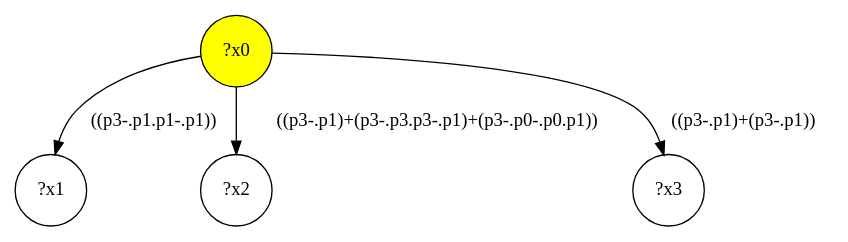
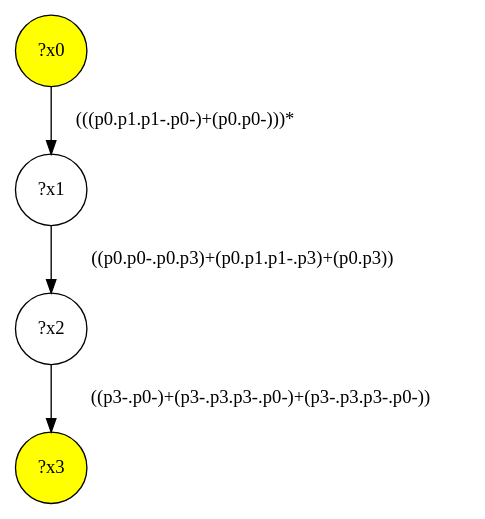
The diagram in src/queryinterface/interface-queries/query-34.dot (gbagan/gmark), drawn with Graphviz before and after one commit. The commit also changed 154 other files, not shown here.

```diff
--- a/src/queryinterface/interface-queries/query-34.dot
+++ b/src/queryinterface/interface-queries/query-34.dot
@@ -1,9 +1,9 @@
 digraph g {
 	x0 [fillcolor="yellow", style="filled," shape=circle, label="?x0"];
+	x3 [fillcolor="yellow", style="filled," shape=circle, label="?x3"];
 	x1 [shape=circle, label="?x1"];
-	x0 -> x1 [label="((p3-.p1.p1-.p1))"];
+	x0 -> x1 [label="(((p0.p1.p1-.p0-)+(p0.p0-)))*"];
 	x2 [shape=circle, label="?x2"];
-	x0 -> x2 [label="((p3-.p1)+(p3-.p3.p3-.p1)+(p3-.p0-.p0.p1))"];
-	x3 [shape=circle, label="?x3"];
-	x0 -> x3 [label="((p3-.p1)+(p3-.p1))"];
+	x1 -> x2 [label="((p0.p0-.p0.p3)+(p0.p1.p1-.p3)+(p0.p3))"];
+	x2 -> x3 [label="((p3-.p0-)+(p3-.p3.p3-.p0-)+(p3-.p3.p3-.p0-))"];
 }
```
